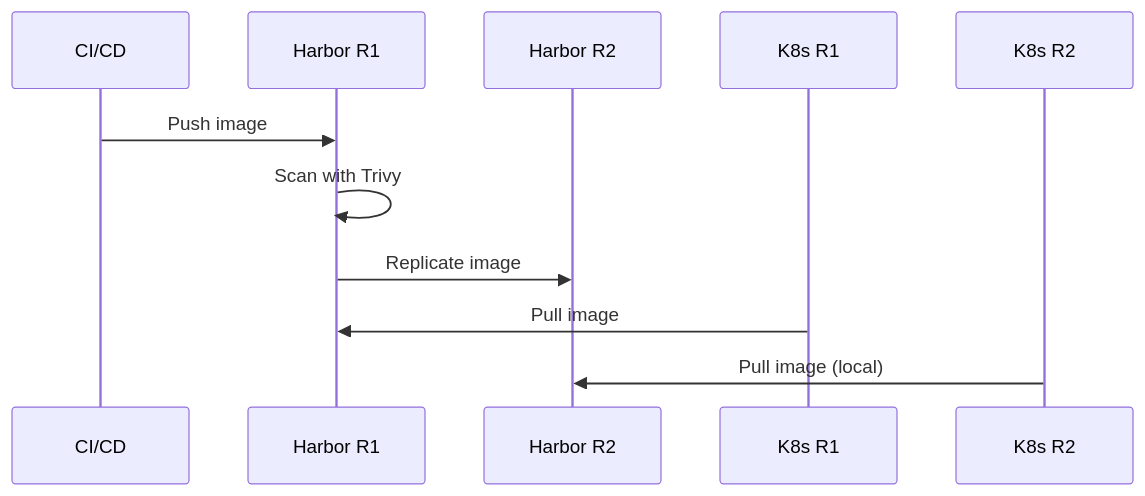
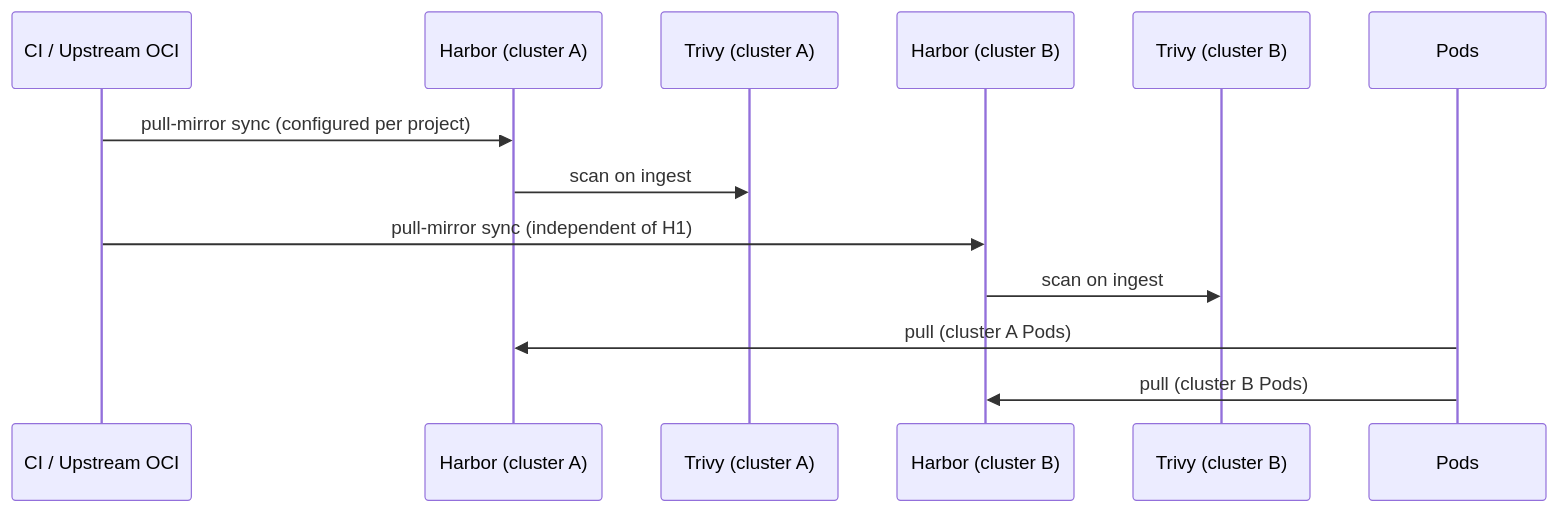
One commit to openova-io/openova changed the second of 4 diagrams in platform/harbor/README.md. Above: the diagram before and after it, drawn with Mermaid. The commit also changed other lines of this file and 2 other files, not shown here.

First line of the commit message:
docs(pass-17): ARCHITECTURE OAM table pipe-fix + Harbor README de-drift

````diff
--- a/platform/harbor/README.md
+++ b/platform/harbor/README.md
@@ -74,14 +75,16 @@
 ```mermaid
 sequenceDiagram
-    participant CI as CI/CD
-    participant H1 as Harbor R1
-    participant H2 as Harbor R2
-    participant K8s1 as K8s R1
-    participant K8s2 as K8s R2
+    participant CI as CI / Upstream OCI
+    participant H1 as Harbor (cluster A)
+    participant T1 as Trivy (cluster A)
+    participant H2 as Harbor (cluster B)
+    participant T2 as Trivy (cluster B)
+    participant Pods as Pods
 
-    CI->>H1: Push image
-    H1->>H1: Scan with Trivy
-    H1->>H2: Replicate image
-    K8s1->>H1: Pull image
-    K8s2->>H2: Pull image (local)
+    CI->>H1: pull-mirror sync (configured per project)
+    H1->>T1: scan on ingest
+    CI->>H2: pull-mirror sync (independent of H1)
+    H2->>T2: scan on ingest
+    Pods->>H1: pull (cluster A Pods)
+    Pods->>H2: pull (cluster B Pods)
 ```
````
